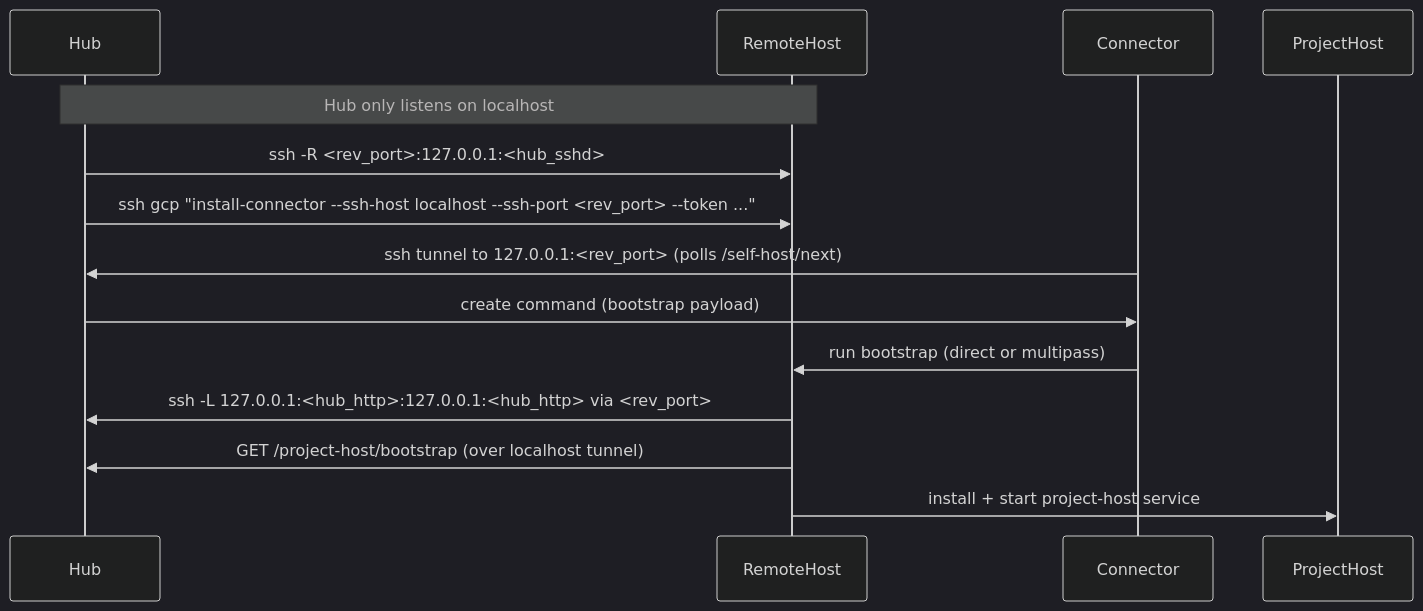
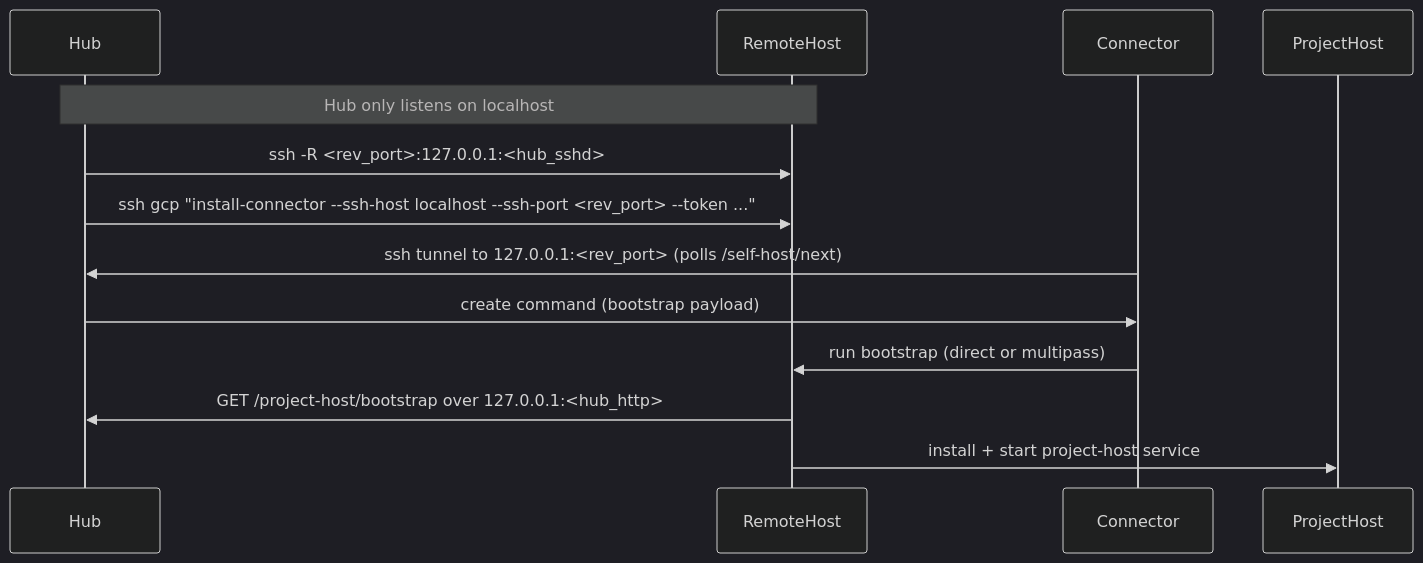
Before and after one commit to sagemathinc/cocalc-ai: the diagram in docs/self-host.md, drawn with Mermaid (dark theme). The commit also changed other lines of this file and 4 other files, not shown here.

````diff
--- a/docs/self-host.md
+++ b/docs/self-host.md
@@ -24,17 +25,16 @@
 ```mermaid
 sequenceDiagram
   participant Hub
   participant RemoteHost
   participant Connector
   participant ProjectHost
 
   Note over Hub,RemoteHost: Hub only listens on localhost
   Hub->>RemoteHost: ssh -R <rev_port>:127.0.0.1:<hub_sshd>
   Hub->>RemoteHost: ssh gcp "install-connector --ssh-host localhost --ssh-port <rev_port> --token ..."
   Connector->>Hub: ssh tunnel to 127.0.0.1:<rev_port> (polls /self-host/next)
   Hub->>Connector: create command (bootstrap payload)
   Connector->>RemoteHost: run bootstrap (direct or multipass)
-  RemoteHost->>Hub: ssh -L 127.0.0.1:<hub_http>:127.0.0.1:<hub_http> via <rev_port>
-  RemoteHost->>Hub: GET /project-host/bootstrap (over localhost tunnel)
+  RemoteHost->>Hub: GET /project-host/bootstrap over 127.0.0.1:<hub_http>
   RemoteHost->>ProjectHost: install + start project-host service
 ```
````
